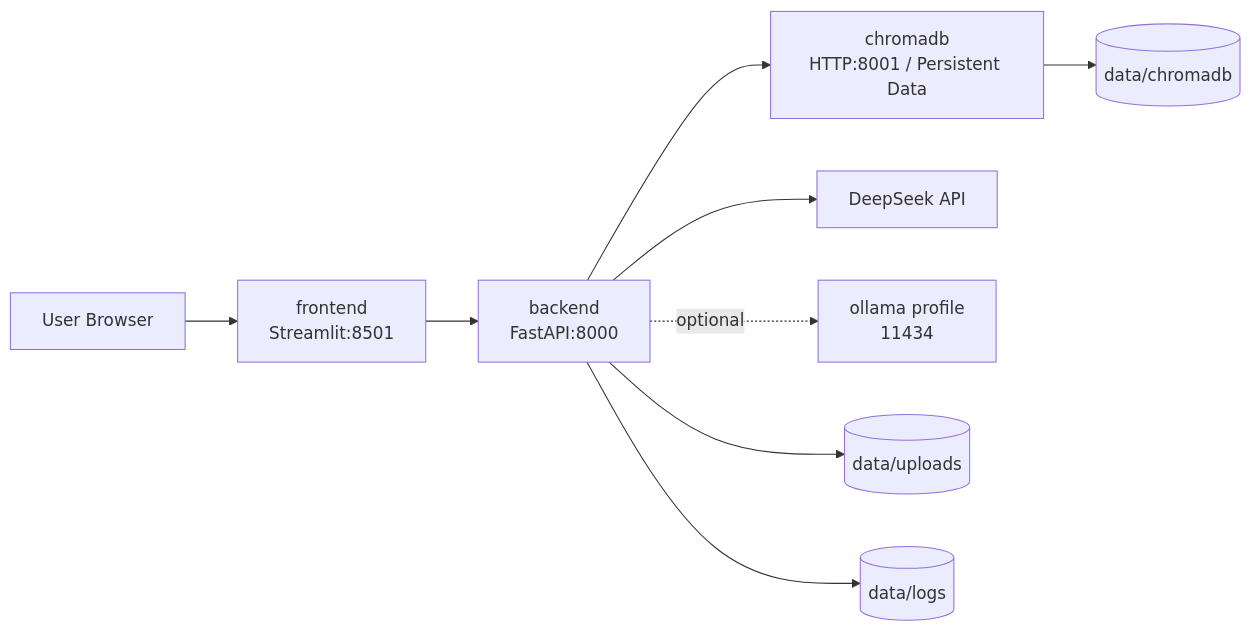
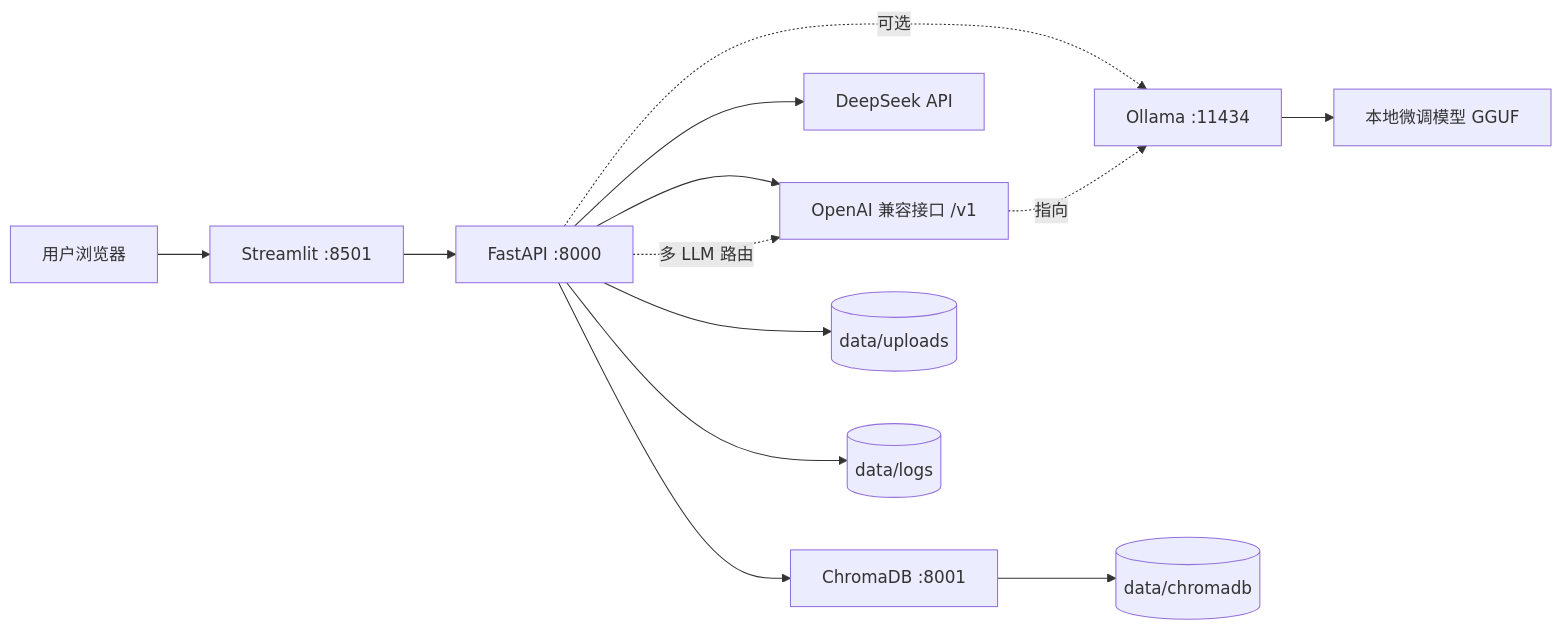
Before and after one commit to plutoczm/DataCopilot: the seventh of 7 diagrams in docs/ARCHITECTURE.md, drawn with Mermaid. The commit also changed other lines of this file and 152 other files, not shown here.

````diff
--- a/docs/ARCHITECTURE.md
+++ b/docs/ARCHITECTURE.md
@@ -179,11 +159,15 @@
 ```mermaid
 flowchart LR
-    User[User Browser] --> Frontend[frontend<br/>Streamlit:8501]
-    Frontend --> Backend[backend<br/>FastAPI:8000]
-    Backend --> Chroma[chromadb<br/>HTTP:8001 / Persistent Data]
+    User[用户浏览器] --> Frontend[Streamlit :8501]
+    Frontend --> Backend[FastAPI :8000]
+    Backend --> Chroma[ChromaDB :8001]
     Backend --> DeepSeek[DeepSeek API]
-    Backend -. optional .-> Ollama[ollama profile<br/>11434]
-    Chroma --> Data[(data/chromadb)]
-    Backend --> Uploads[(data/uploads)]
+    Backend -. 可选 .-> Ollama[Ollama :11434]
+    Ollama --> Finetuned[本地微调模型 GGUF]
+    Backend --> OpenAICompat[OpenAI 兼容接口 /v1]
+    Backend -. 多 LLM 路由 .-> OpenAICompat
+    OpenAICompat -. 指向 .-> Ollama
+    Chroma --> VectorData[(data/chromadb)]
+    Backend --> Files[(data/uploads)]
     Backend --> Logs[(data/logs)]
 ```
````
